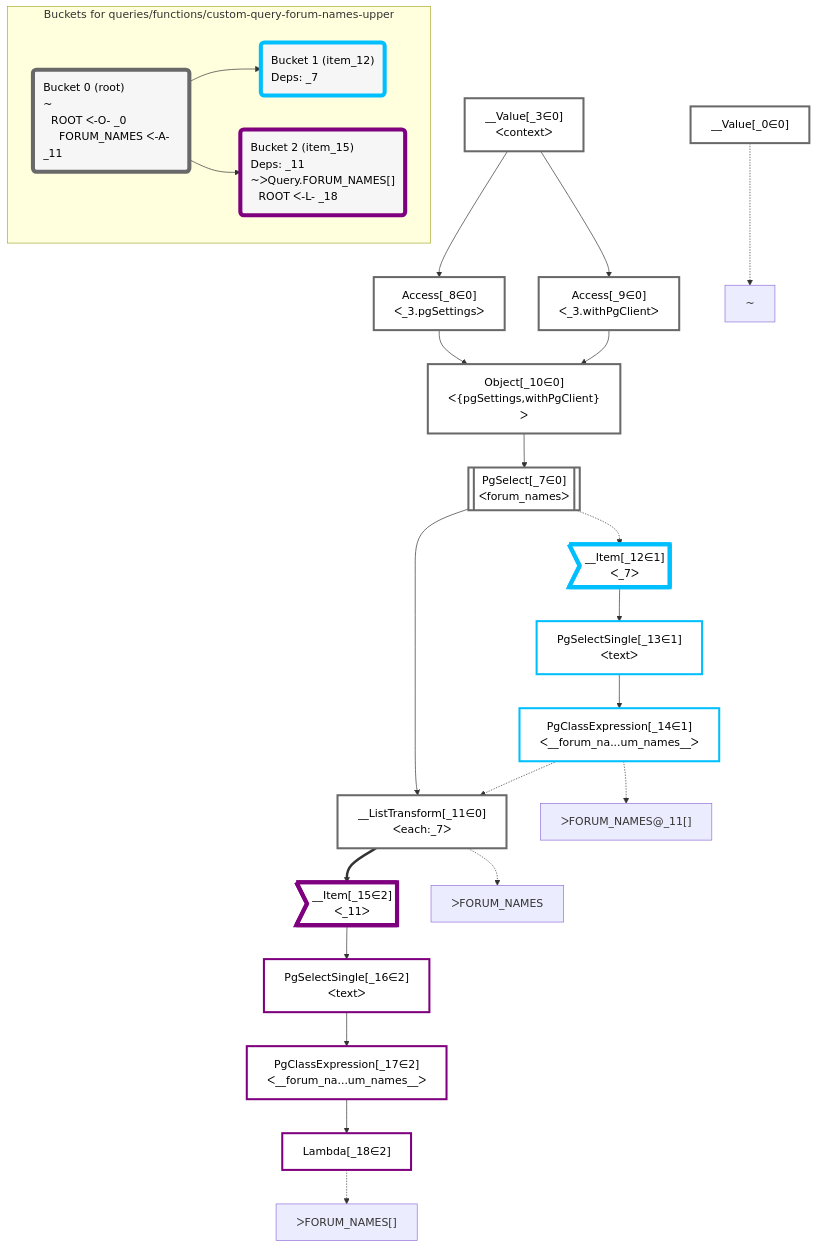
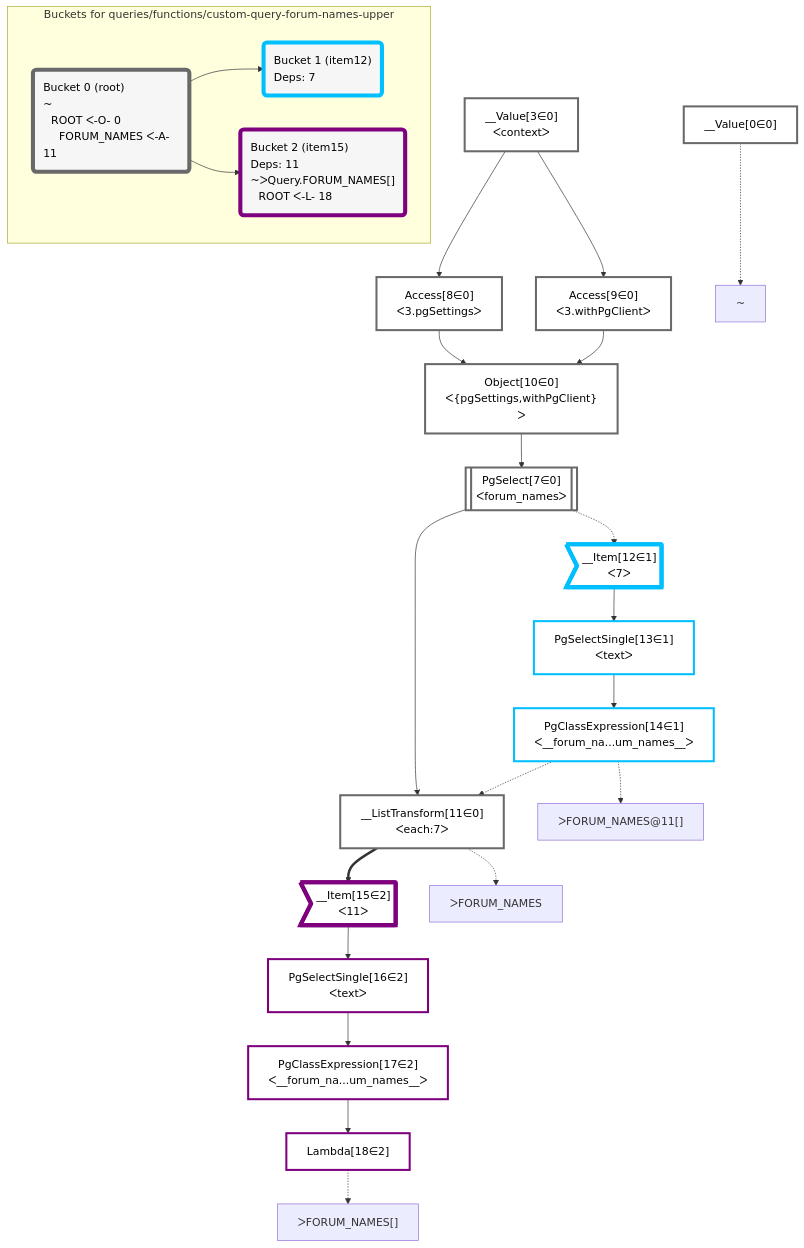
One commit to graphile/crystal changed the diagram in packages/dataplan-pg/__tests__/queries/functions/custom-query-forum-names-upper.deopt.mermaid.md. Above: the diagram before and after it, drawn with Mermaid. The commit also changed 195 other files, not shown here.

````diff
--- a/packages/dataplan-pg/__tests__/queries/functions/custom-query-forum-names-upper.deopt.mermaid.md
+++ b/packages/dataplan-pg/__tests__/queries/functions/custom-query-forum-names-upper.deopt.mermaid.md
@@ -1,63 +1,63 @@
 ```mermaid
 graph TD
     classDef path fill:#eee,stroke:#000,color:#000
     classDef plan fill:#fff,stroke-width:3px,color:#000
     classDef itemplan fill:#fff,stroke-width:6px,color:#000
     classDef sideeffectplan fill:#f00,stroke-width:6px,color:#000
     classDef bucket fill:#f6f6f6,color:#000,stroke-width:6px,text-align:left
 
 
     %% define plans
-    __Value_0["__Value[_0∈0]"]:::plan
-    Lambda_18["Lambda[_18∈2]"]:::plan
-    PgClassExpression_17["PgClassExpression[_17∈2]<br />ᐸ__forum_na...um_names__ᐳ"]:::plan
-    PgSelectSingle_16["PgSelectSingle[_16∈2]<br />ᐸtextᐳ"]:::plan
-    __Item_15>"__Item[_15∈2]<br />ᐸ_11ᐳ"]:::itemplan
-    __ListTransform_11["__ListTransform[_11∈0]<br />ᐸeach:_7ᐳ"]:::plan
-    PgClassExpression_14["PgClassExpression[_14∈1]<br />ᐸ__forum_na...um_names__ᐳ"]:::plan
-    PgSelectSingle_13["PgSelectSingle[_13∈1]<br />ᐸtextᐳ"]:::plan
-    __Item_12>"__Item[_12∈1]<br />ᐸ_7ᐳ"]:::itemplan
-    PgSelect_7[["PgSelect[_7∈0]<br />ᐸforum_namesᐳ"]]:::plan
-    Object_10["Object[_10∈0]<br />ᐸ{pgSettings,withPgClient}ᐳ"]:::plan
-    Access_8["Access[_8∈0]<br />ᐸ_3.pgSettingsᐳ"]:::plan
-    Access_9["Access[_9∈0]<br />ᐸ_3.withPgClientᐳ"]:::plan
-    __Value_3["__Value[_3∈0]<br />ᐸcontextᐳ"]:::plan
+    __Value0["__Value[0∈0]"]:::plan
+    Lambda18["Lambda[18∈2]"]:::plan
+    PgClassExpression17["PgClassExpression[17∈2]<br />ᐸ__forum_na...um_names__ᐳ"]:::plan
+    PgSelectSingle16["PgSelectSingle[16∈2]<br />ᐸtextᐳ"]:::plan
+    __Item15>"__Item[15∈2]<br />ᐸ11ᐳ"]:::itemplan
+    __ListTransform11["__ListTransform[11∈0]<br />ᐸeach:7ᐳ"]:::plan
+    PgClassExpression14["PgClassExpression[14∈1]<br />ᐸ__forum_na...um_names__ᐳ"]:::plan
+    PgSelectSingle13["PgSelectSingle[13∈1]<br />ᐸtextᐳ"]:::plan
+    __Item12>"__Item[12∈1]<br />ᐸ7ᐳ"]:::itemplan
+    PgSelect7[["PgSelect[7∈0]<br />ᐸforum_namesᐳ"]]:::plan
+    Object10["Object[10∈0]<br />ᐸ{pgSettings,withPgClient}ᐳ"]:::plan
+    Access8["Access[8∈0]<br />ᐸ3.pgSettingsᐳ"]:::plan
+    Access9["Access[9∈0]<br />ᐸ3.withPgClientᐳ"]:::plan
+    __Value3["__Value[3∈0]<br />ᐸcontextᐳ"]:::plan
 
     %% plan dependencies
-    PgClassExpression_17 --> Lambda_18
-    PgSelectSingle_16 --> PgClassExpression_17
-    __Item_15 --> PgSelectSingle_16
-    __ListTransform_11 ==> __Item_15
-    PgSelect_7 --> __ListTransform_11
-    PgClassExpression_14 -.-> __ListTransform_11
-    PgSelectSingle_13 --> PgClassExpression_14
-    __Item_12 --> PgSelectSingle_13
-    PgSelect_7 -.-> __Item_12
-    Object_10 --> PgSelect_7
-    Access_8 & Access_9 --> Object_10
-    __Value_3 --> Access_8
-    __Value_3 --> Access_9
+    PgClassExpression17 --> Lambda18
+    PgSelectSingle16 --> PgClassExpression17
+    __Item15 --> PgSelectSingle16
+    __ListTransform11 ==> __Item15
+    PgSelect7 --> __ListTransform11
+    PgClassExpression14 -.-> __ListTransform11
+    PgSelectSingle13 --> PgClassExpression14
+    __Item12 --> PgSelectSingle13
+    PgSelect7 -.-> __Item12
+    Object10 --> PgSelect7
+    Access8 & Access9 --> Object10
+    __Value3 --> Access8
+    __Value3 --> Access9
 
     %% plan-to-path relationships
-    P_0["~"]
-    __Value_0 -.-> P_0
-    P_11["ᐳFORUM_NAMES"]
-    __ListTransform_11 -.-> P_11
-    P_14["ᐳFORUM_NAMES@_11[]"]
-    PgClassExpression_14 -.-> P_14
-    P_18["ᐳFORUM_NAMES[]"]
-    Lambda_18 -.-> P_18
+    P0["~"]
+    __Value0 -.-> P0
+    P11["ᐳFORUM_NAMES"]
+    __ListTransform11 -.-> P11
+    P14["ᐳFORUM_NAMES@11[]"]
+    PgClassExpression14 -.-> P14
+    P18["ᐳFORUM_NAMES[]"]
+    Lambda18 -.-> P18
 
     subgraph "Buckets for queries/functions/custom-query-forum-names-upper"
-    Bucket0("Bucket 0 (root)<br />~<br />⠀ROOT ᐸ-O- _0<br />⠀⠀FORUM_NAMES ᐸ-A- _11"):::bucket
+    Bucket0("Bucket 0 (root)<br />~<br />⠀ROOT ᐸ-O- 0<br />⠀⠀FORUM_NAMES ᐸ-A- 11"):::bucket
     classDef bucket0 stroke:#696969
-    class Bucket0,__Value_0,__Value_3,PgSelect_7,Access_8,Access_9,Object_10,__ListTransform_11 bucket0
-    Bucket1("Bucket 1 (item_12)<br />Deps: _7"):::bucket
+    class Bucket0,__Value0,__Value3,PgSelect7,Access8,Access9,Object10,__ListTransform11 bucket0
+    Bucket1("Bucket 1 (item12)<br />Deps: 7"):::bucket
     classDef bucket1 stroke:#00bfff
-    class Bucket1,__Item_12,PgSelectSingle_13,PgClassExpression_14 bucket1
-    Bucket2("Bucket 2 (item_15)<br />Deps: _11<br />~ᐳQuery.FORUM_NAMES[]<br />⠀ROOT ᐸ-L- _18"):::bucket
+    class Bucket1,__Item12,PgSelectSingle13,PgClassExpression14 bucket1
+    Bucket2("Bucket 2 (item15)<br />Deps: 11<br />~ᐳQuery.FORUM_NAMES[]<br />⠀ROOT ᐸ-L- 18"):::bucket
     classDef bucket2 stroke:#7f007f
-    class Bucket2,__Item_15,PgSelectSingle_16,PgClassExpression_17,Lambda_18 bucket2
+    class Bucket2,__Item15,PgSelectSingle16,PgClassExpression17,Lambda18 bucket2
     Bucket0 --> Bucket1 & Bucket2
     end
 ```
````
